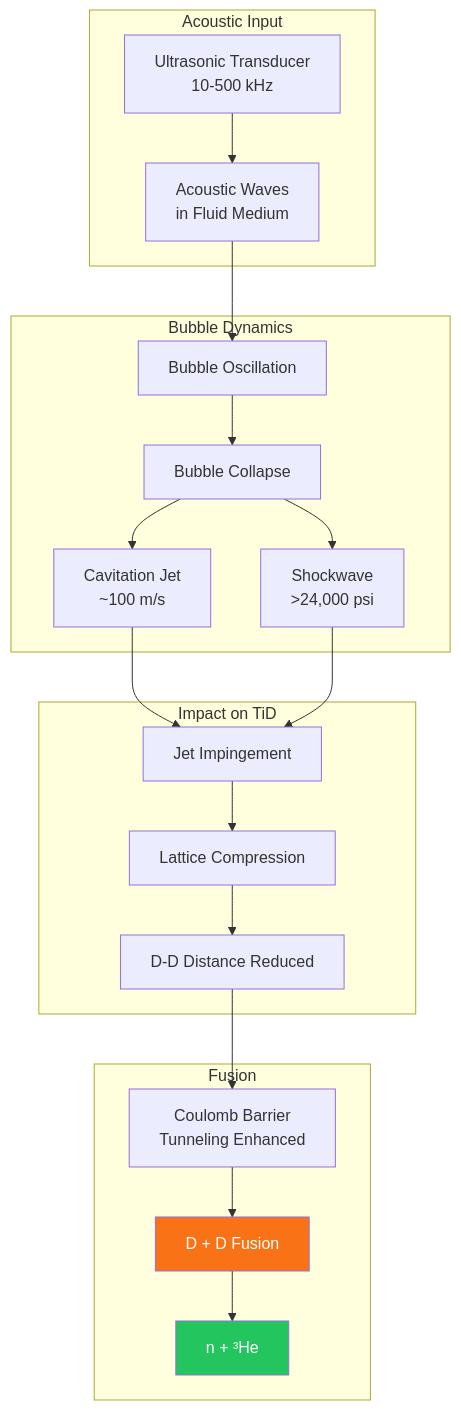
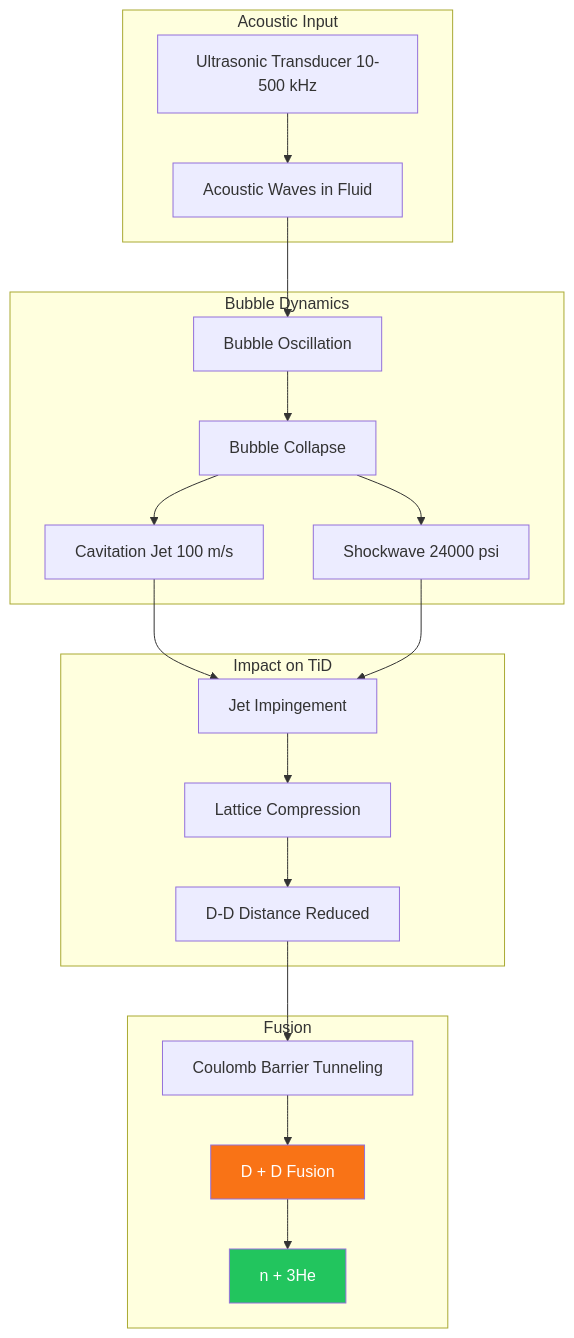
One commit to szemkoff/LAFRES changed the diagram in website/docs/research/acoustic_liquid_metal_studies.md. Above: the diagram before and after it, drawn with Mermaid. The commit also changed 7 other files, not shown here.

First line of the commit message:
Fix Mermaid diagram syntax - remove br tags

````diff
--- a/website/docs/research/acoustic_liquid_metal_studies.md
+++ b/website/docs/research/acoustic_liquid_metal_studies.md
@@ -20,29 +20,29 @@
 ```mermaid
 flowchart TD
     subgraph Acoustic["Acoustic Input"]
-        A[Ultrasonic Transducer<br/>10-500 kHz] --> B[Acoustic Waves<br/>in Fluid Medium]
+        A["Ultrasonic Transducer 10-500 kHz"] --> B["Acoustic Waves in Fluid"]
     end
     
     subgraph Bubble["Bubble Dynamics"]
-        B --> C[Bubble Oscillation]
-        C --> D[Bubble Collapse]
-        D --> E[Cavitation Jet<br/>~100 m/s]
-        D --> F[Shockwave<br/>>24,000 psi]
+        B --> C["Bubble Oscillation"]
+        C --> D["Bubble Collapse"]
+        D --> E["Cavitation Jet 100 m/s"]
+        D --> F["Shockwave 24000 psi"]
     end
     
     subgraph Impact["Impact on TiD"]
-        E --> G[Jet Impingement]
+        E --> G["Jet Impingement"]
         F --> G
-        G --> H[Lattice Compression]
-        H --> I[D-D Distance Reduced]
+        G --> H["Lattice Compression"]
+        H --> I["D-D Distance Reduced"]
     end
     
     subgraph Fusion["Fusion"]
-        I --> J[Coulomb Barrier<br/>Tunneling Enhanced]
-        J --> K[D + D Fusion]
-        K --> L[n + ³He]
+        I --> J["Coulomb Barrier Tunneling"]
+        J --> K["D + D Fusion"]
+        K --> L["n + 3He"]
     end
     
     style K fill:#f97316,color:#fff
     style L fill:#22c55e,color:#fff
 ```
````
